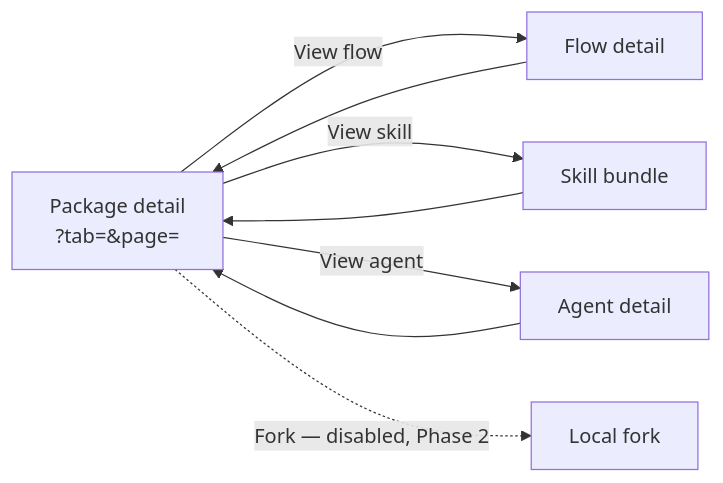
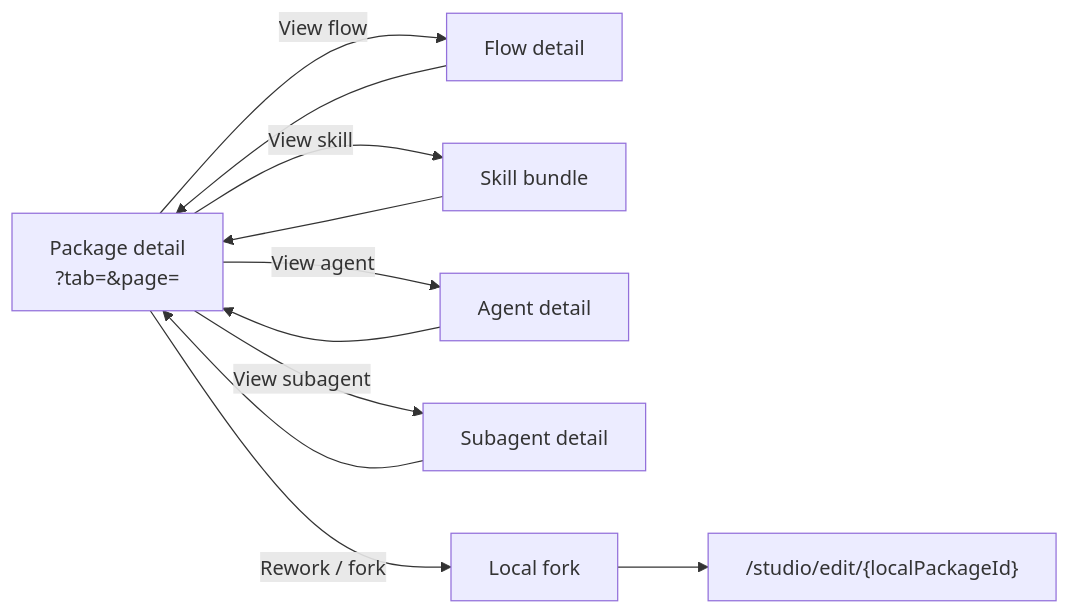
One commit to maister-dev/maister changed the diagram in docs/screens/studio/package-viewer.md. Above: the diagram before and after it, drawn with Mermaid. The commit also changed other lines of this file and 44 other files, not shown here.

First line of the commit message:
feat(studio): finish package workspace polish

````diff
--- a/docs/screens/studio/package-viewer.md
+++ b/docs/screens/studio/package-viewer.md
@@ -81,10 +93,13 @@
 ```mermaid
 flowchart LR
     Detail["Package detail<br/>?tab=&page="] -->|View flow| Flow["Flow detail"]
     Detail -->|View skill| Skill["Skill bundle"]
     Detail -->|View agent| Agent["Agent detail"]
-    Detail -.->|Fork — disabled, Phase 2| P2["Local fork"]
+    Detail -->|View subagent| Subagent["Subagent detail"]
+    Detail -->|Rework / fork| P2["Local fork"]
+    P2 --> Editor["/studio/edit/{localPackageId}"]
     Flow --> Detail
     Skill --> Detail
     Agent --> Detail
+    Subagent --> Detail
 ```
````
